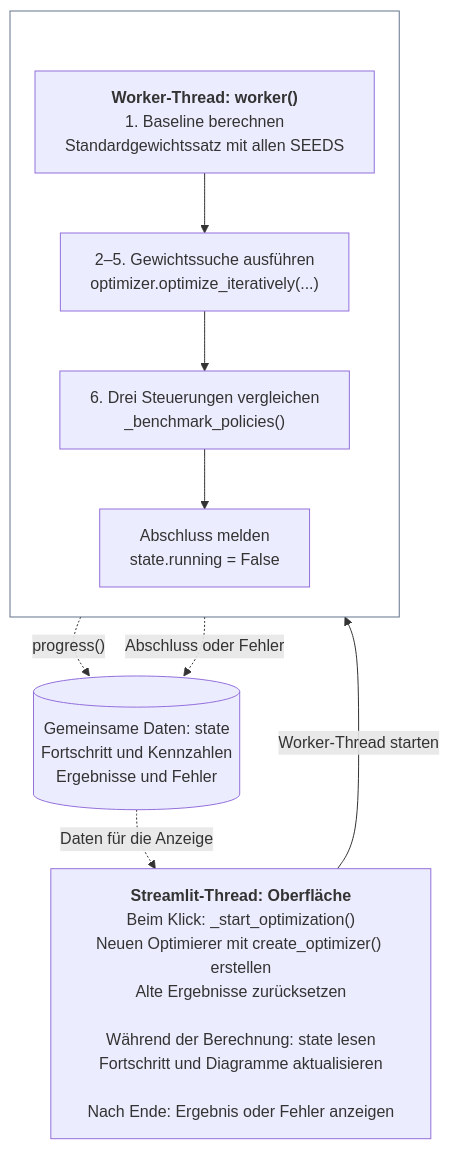
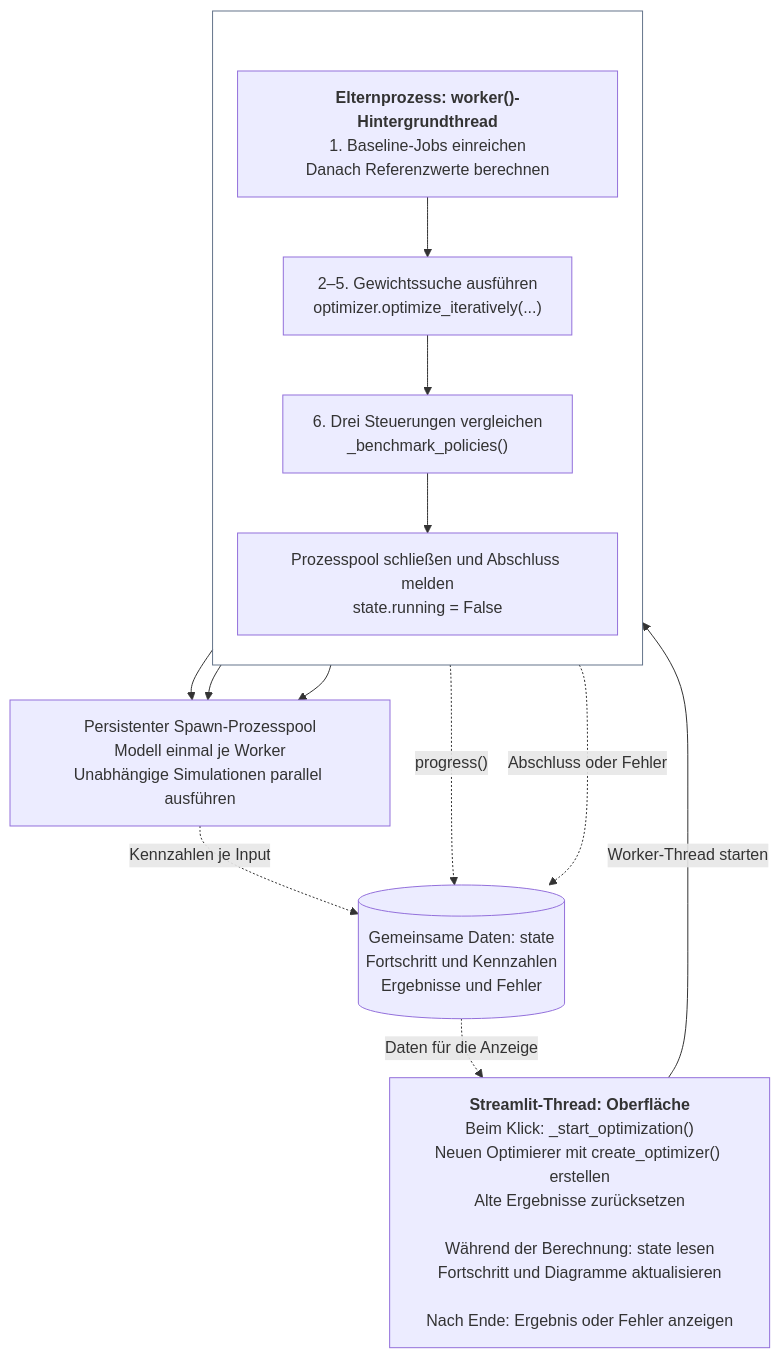
One commit to ghackenberg/SpineML changed diagram 15 of 17 in README.md. Above: the diagram before and after it, drawn with Mermaid. The commit also changed other lines of this file, not shown here.

Commit message:
Document parallel CPU optimization and corrected metric charts

````diff
--- a/README.md
+++ b/README.md
@@ -2487,30 +2638,34 @@
 ```mermaid
 ---
 config:
   flowchart:
     wrappingWidth: 320
     rankSpacing: 35
     nodeSpacing: 30
     subGraphTitleMargin:
       top: 10
       bottom: 20
 ---
 flowchart TB
     U["<b>Streamlit-Thread: Oberfläche</b><br/>Beim Klick: _start_optimization()<br/>Neuen Optimierer mit create_optimizer() erstellen<br/>Alte Ergebnisse zurücksetzen<br/><br/>Während der Berechnung: state lesen<br/>Fortschritt und Diagramme aktualisieren<br/><br/>Nach Ende: Ergebnis oder Fehler anzeigen"]
 
     subgraph Berechnung[" "]
         direction TB
-        B["<b>Worker-Thread: worker()</b><br/>1. Baseline berechnen<br/>Standardgewichtssatz mit allen SEEDS"]
+        B["<b>Elternprozess: worker()-Hintergrundthread</b><br/>1. Baseline-Jobs einreichen<br/>Danach Referenzwerte berechnen"]
         B --> O["2–5. Gewichtssuche ausführen<br/>optimizer.optimize_iteratively(...)"]
         O --> V["6. Drei Steuerungen vergleichen<br/>_benchmark_policies()"]
-        V --> E["Abschluss melden<br/>state.running = False"]
+        V --> E["Prozesspool schließen und Abschluss melden<br/>state.running = False"]
     end
 
     Z[("Gemeinsame Daten: state<br/>Fortschritt und Kennzahlen<br/>Ergebnisse und Fehler")]
     U -- "Worker-Thread starten" --> B
+    B --> POOL["Persistenter Spawn-Prozesspool<br/>Modell einmal je Worker<br/>Unabhängige Simulationen parallel ausführen"]
+    O --> POOL
+    V --> POOL
+    POOL -. "Kennzahlen je Input" .-> Z
     O -. "progress()" .-> Z
     E -. "Abschluss oder Fehler" .-> Z
     Z -. "Daten für die Anzeige" .-> U
 
     style Berechnung fill:transparent,stroke:#64748b,stroke-width:1px
 ```
````
